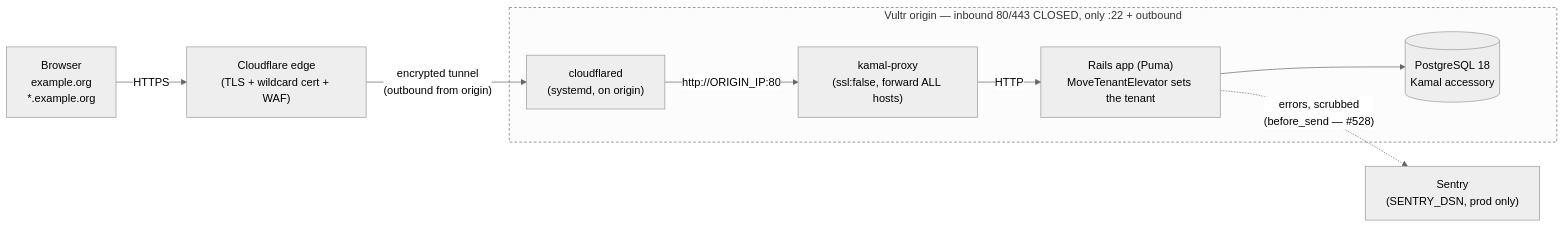
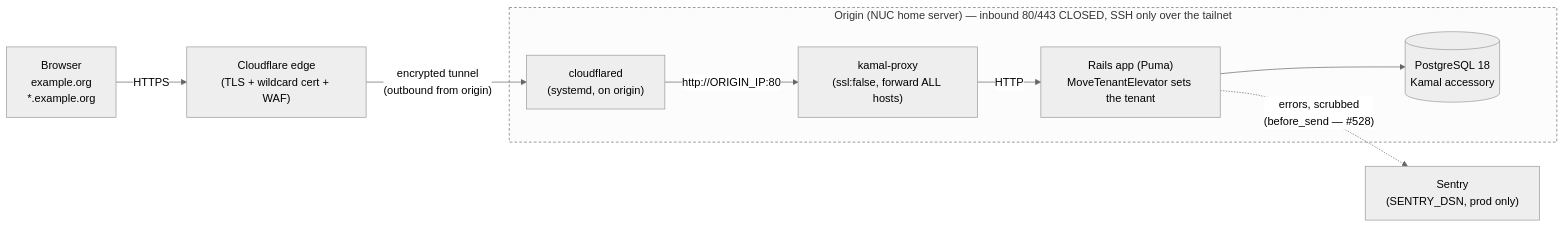
Before and after one commit to joel/move: the first of 16 diagrams in doc/project/architecture.md, drawn with Mermaid (neutral theme). The commit also changed other lines of this file and 3 other files, not shown here.

````diff
--- a/doc/project/architecture.md
+++ b/doc/project/architecture.md
@@ -21,13 +21,13 @@
 ```mermaid
 flowchart LR
   U["Browser<br/>example.org<br/>*.example.org"] -->|HTTPS| CF["Cloudflare edge<br/>(TLS + wildcard cert + WAF)"]
   CF -->|"encrypted tunnel<br/>(outbound from origin)"| CFD["cloudflared<br/>(systemd, on origin)"]
-  subgraph ORIGIN["Vultr origin — inbound 80/443 CLOSED, only :22 + outbound"]
+  subgraph ORIGIN["Origin (NUC home server) — inbound 80/443 CLOSED, SSH only over the tailnet"]
     CFD -->|"http://ORIGIN_IP:80"| KP["kamal-proxy<br/>(ssl:false, forward ALL hosts)"]
     KP -->|HTTP| APP["Rails app (Puma)<br/>MoveTenantElevator sets the tenant"]
     APP --> PG[("PostgreSQL 18<br/>Kamal accessory")]
   end
   APP -.->|"errors, scrubbed<br/>(before_send — #528)"| SEN["Sentry<br/>(SENTRY_DSN, prod only)"]
   classDef closed stroke-dasharray:4 3;
   class ORIGIN closed;
 ```
````
